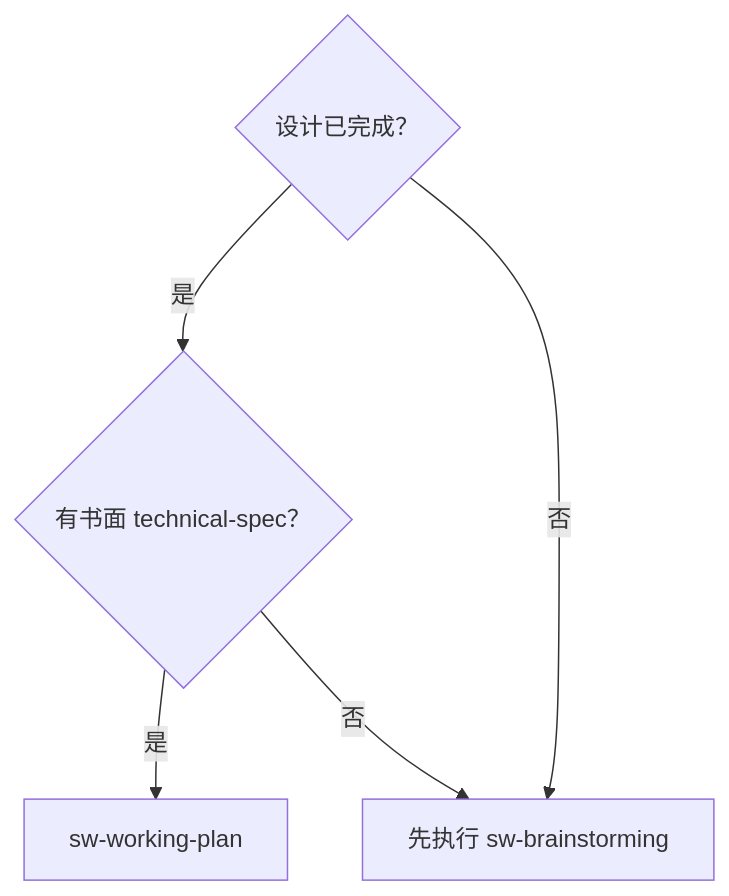
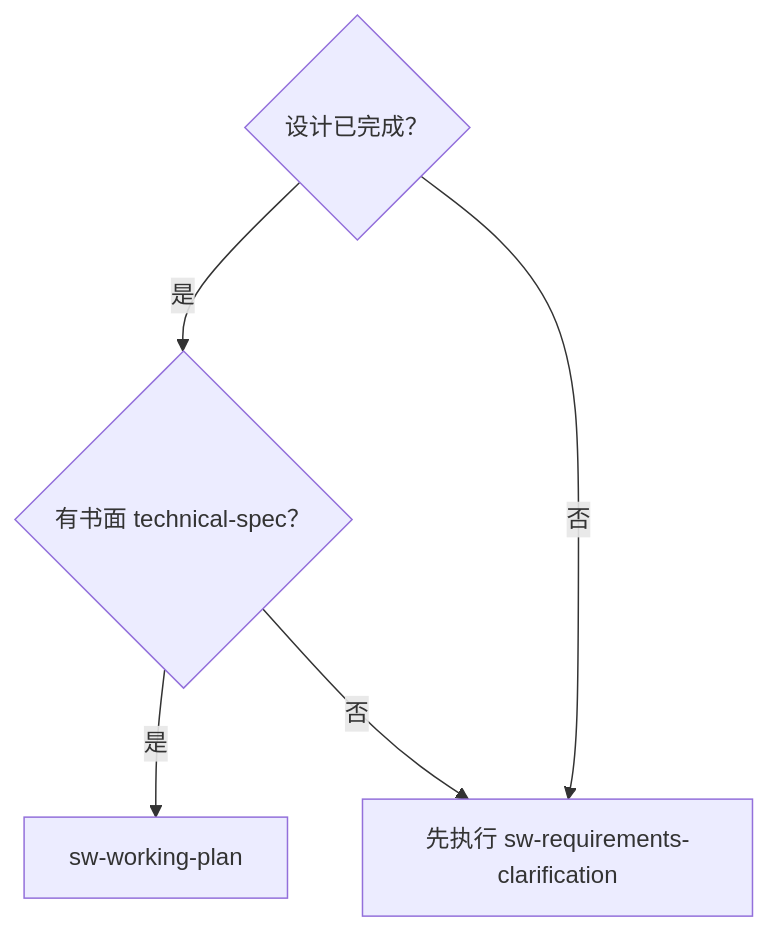
The first of 2 diagrams in sw-working-plan/SKILL.md (vaycentsun/sw-agiledevelopment), drawn with Mermaid before and after one commit. The commit also changed other lines of this file and 18 other files, not shown here.

First line of the commit message:
rename: sw-brainstorming -> sw-requirements-clarification

````diff
--- a/sw-working-plan/SKILL.md
+++ b/sw-working-plan/SKILL.md
@@ -42,7 +42,7 @@
 ```mermaid
 flowchart TD
     A{设计已完成？} -->|是| B{有书面 technical-spec？}
-    A -->|否| C[先执行 sw-brainstorming]
+    A -->|否| C[先执行 sw-requirements-clarification]
     B -->|是| D[sw-working-plan]
     B -->|否| C
 ```
````
